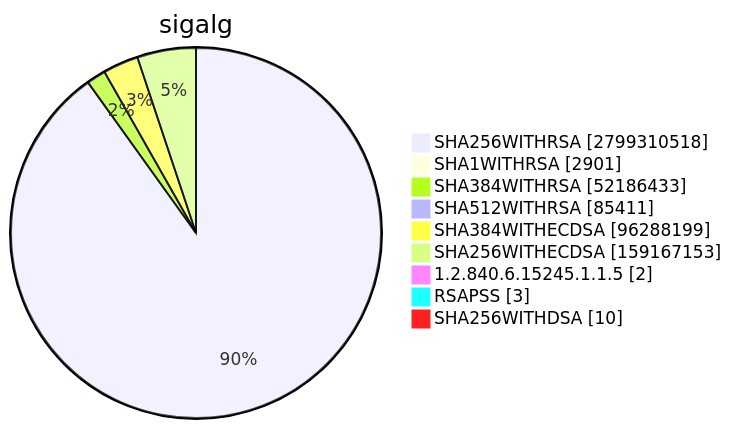
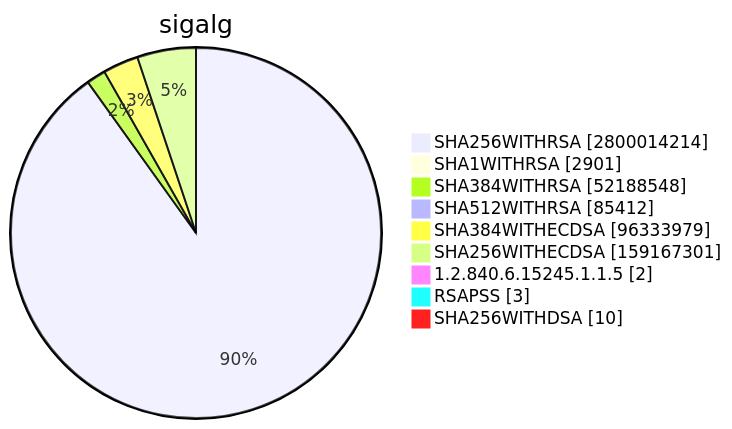
Before and after one commit to christiankrug/ctmonitor_visualization: diagram 15 of 15 in TOTAL/README.md, drawn with Mermaid. The commit also changed other lines of this file, not shown here.

````diff
--- a/TOTAL/README.md
+++ b/TOTAL/README.md
@@ -6205,13 +6205,13 @@
 ```mermaid
 pie showData
 title sigalg
-"SHA256WITHRSA" :2799310518
+"SHA256WITHRSA" :2800014214
 "SHA1WITHRSA" :2901
-"SHA384WITHRSA" :52186433
-"SHA512WITHRSA" :85411
-"SHA384WITHECDSA" :96288199
-"SHA256WITHECDSA" :159167153
+"SHA384WITHRSA" :52188548
+"SHA512WITHRSA" :85412
+"SHA384WITHECDSA" :96333979
+"SHA256WITHECDSA" :159167301
 "1.2.840.6.15245.1.1.5" :2
 "RSAPSS" :3
 "SHA256WITHDSA" :10
 ```
````
